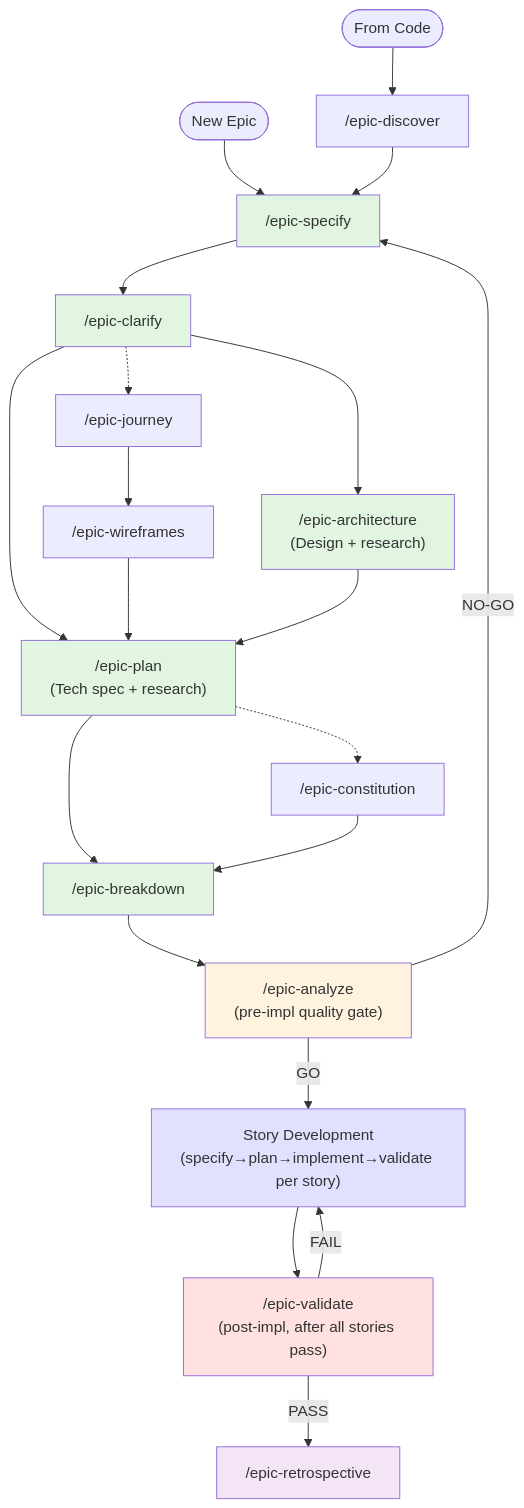
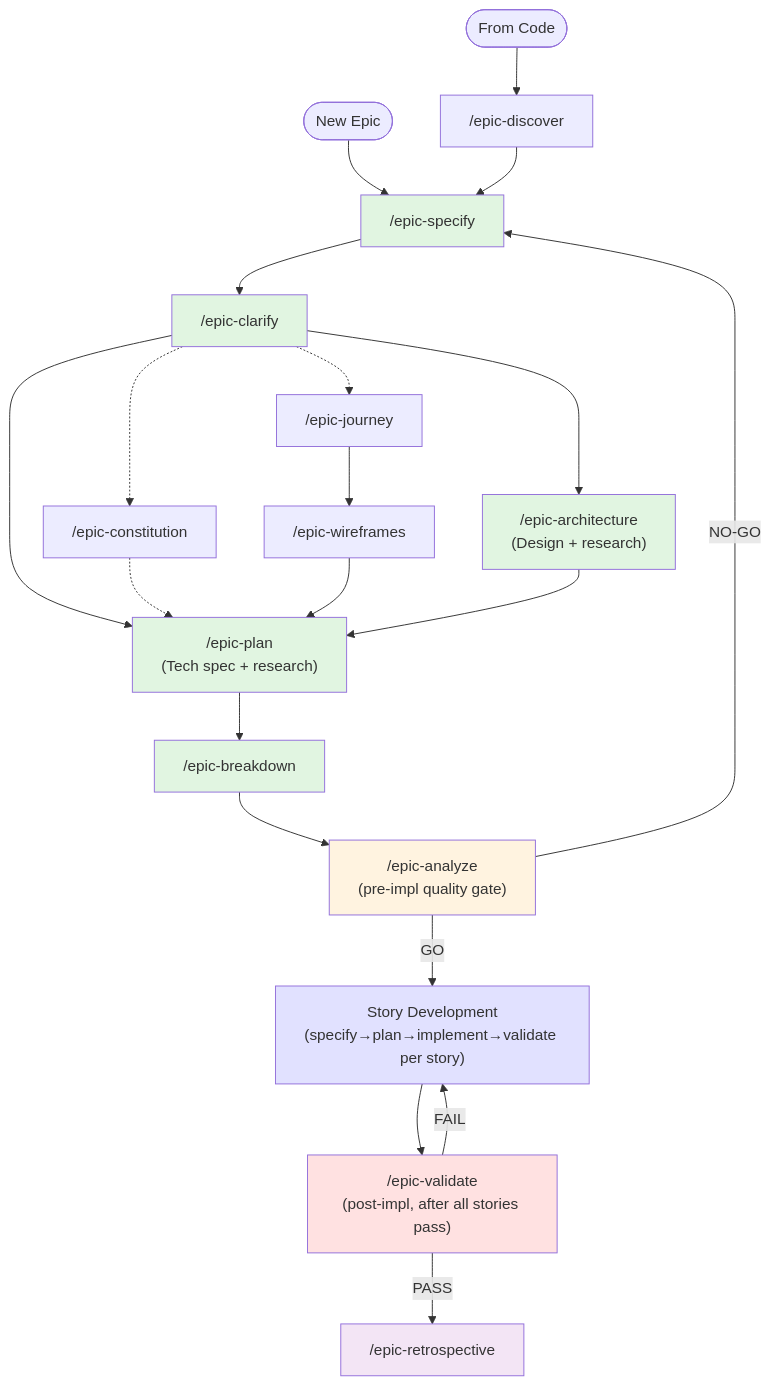
The second of 3 diagrams in .speck/README.md (telum-ai/speck), drawn with Mermaid before and after one commit. The commit also changed 8 other files, not shown here.

````diff
--- a/.speck/README.md
+++ b/.speck/README.md
@@ -194,50 +194,50 @@
 ```mermaid
 graph TD
     EpicStart([New Epic]) --> epicSpecify
     DiscoverStart([From Code]) --> epicDiscover
     epicDiscover --> epicSpecify
     
     epicSpecify --> epicClarify
     epicClarify --> epicPlan
     
+    epicClarify -.-> epicConstitution
+    epicConstitution -.-> epicPlan
+    
     epicClarify -.-> epicJourney
     epicJourney --> epicWireframes
     epicWireframes --> epicPlan
     
     epicClarify --> epicArchitecture
     epicArchitecture --> epicPlan
     
     epicPlan --> epicBreakdown
-    
-    epicPlan -.-> epicConstitution
-    epicConstitution --> epicBreakdown
     
     epicBreakdown --> epicAnalyze
     epicAnalyze --> |GO| stories["Story Development<br/>(specify→plan→implement→validate per story)"]
     epicAnalyze --> |NO-GO| epicSpecify
     stories --> epicValidate
     epicValidate --> |PASS| epicRetro["/epic-retrospective"]
     epicValidate --> |FAIL| stories
     
     epicSpecify["/epic-specify"]
     epicDiscover["/epic-discover"]
     epicClarify["/epic-clarify"]
     epicArchitecture["/epic-architecture<br/>(Design + research)"]
     epicPlan["/epic-plan<br/>(Tech spec + research)"]
     epicJourney["/epic-journey"]
     epicWireframes["/epic-wireframes"]
     epicConstitution["/epic-constitution"]
     epicBreakdown["/epic-breakdown"]
     epicAnalyze["/epic-analyze<br/>(pre-impl quality gate)"]
     epicValidate["/epic-validate<br/>(post-impl, after all stories pass)"]
     
     style epicSpecify fill:#e1f5e1
     style epicClarify fill:#e1f5e1
     style epicArchitecture fill:#e1f5e1
     style epicPlan fill:#e1f5e1
     style epicBreakdown fill:#e1f5e1
     style epicAnalyze fill:#fff3e0
     style stories fill:#e1e1ff
     style epicValidate fill:#ffe1e1
     style epicRetro fill:#f3e5f5
 ```
````
